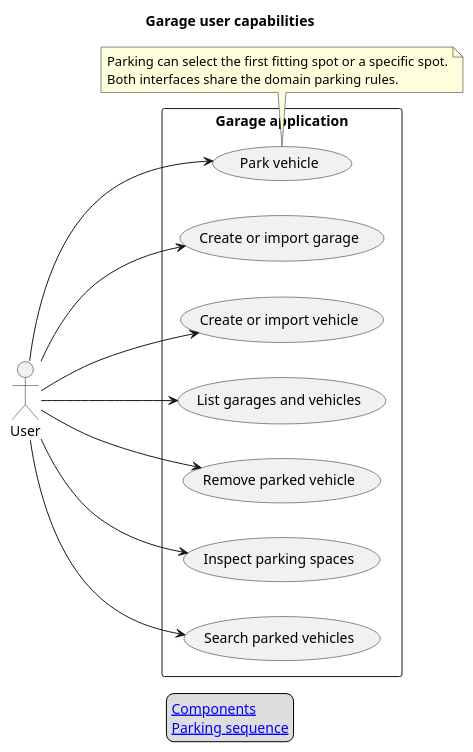
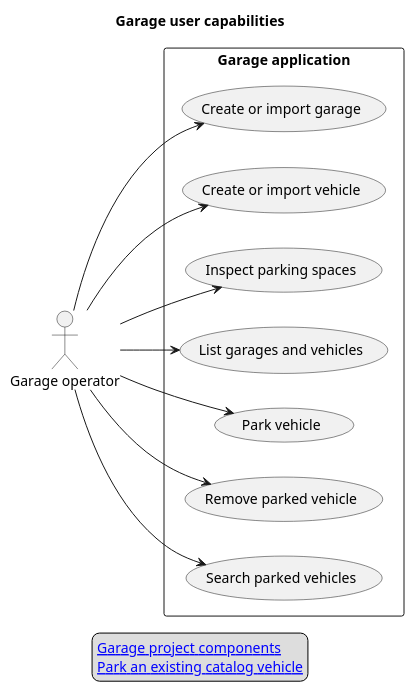
The diagram in docs/uml/behavioral/use-case/garage-use-cases.puml (mrfoxy-cyber/Garage-v2), drawn with PlantUML before and after one commit. The commit also changed 17 other files, not shown here.

```diff
--- a/docs/uml/behavioral/use-case/garage-use-cases.puml
+++ b/docs/uml/behavioral/use-case/garage-use-cases.puml
@@ -1,31 +1,27 @@
 @startuml
 ' diagram-id: garage-use-cases
-' entities: system:garage, service:garage
+' Generated from code annotations and source. Run generate; do not edit by hand.
 title Garage user capabilities
 left to right direction
-actor User
+actor "Garage operator" as a_7348bf17d801
 rectangle "Garage application" {
-  usecase "Create or import garage" as CreateGarage
-  usecase "Create or import vehicle" as CreateVehicle
-  usecase "List garages and vehicles" as List
-  usecase "Park vehicle" as Park
-  usecase "Remove parked vehicle" as Remove
-  usecase "Inspect parking spaces" as Inspect
-  usecase "Search parked vehicles" as Search
+  usecase "Create or import garage" as u_create_garage
+  usecase "Create or import vehicle" as u_create_vehicle
+  usecase "Inspect parking spaces" as u_inspect
+  usecase "List garages and vehicles" as u_list
+  usecase "Park vehicle" as u_park_vehicle
+  usecase "Remove parked vehicle" as u_remove
+  usecase "Search parked vehicles" as u_search
 }
-User --> CreateGarage
-User --> CreateVehicle
-User --> List
-User --> Park
-User --> Remove
-User --> Inspect
-User --> Search
-note bottom of Park
-  Parking can select the first fitting spot or a specific spot.
-  Both interfaces share the domain parking rules.
-end note
+a_7348bf17d801 --> u_create_garage
+a_7348bf17d801 --> u_create_vehicle
+a_7348bf17d801 --> u_inspect
+a_7348bf17d801 --> u_list
+a_7348bf17d801 --> u_park_vehicle
+a_7348bf17d801 --> u_remove
+a_7348bf17d801 --> u_search
 legend bottom
-  [[../../structural/component/garage-components.puml Components]]
-  [[../../interaction/sequence/parking-sequence.puml Parking sequence]]
+  [[../../structural/component/garage-components.puml Garage project components]]
+  [[../../interaction/sequence/parking-sequence.puml Park an existing catalog vehicle]]
 endlegend
 @enduml
```
